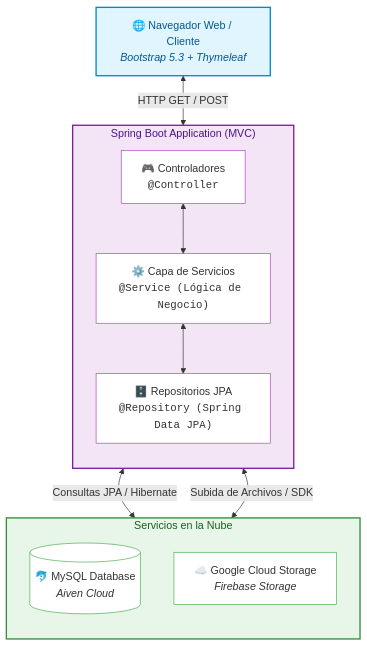
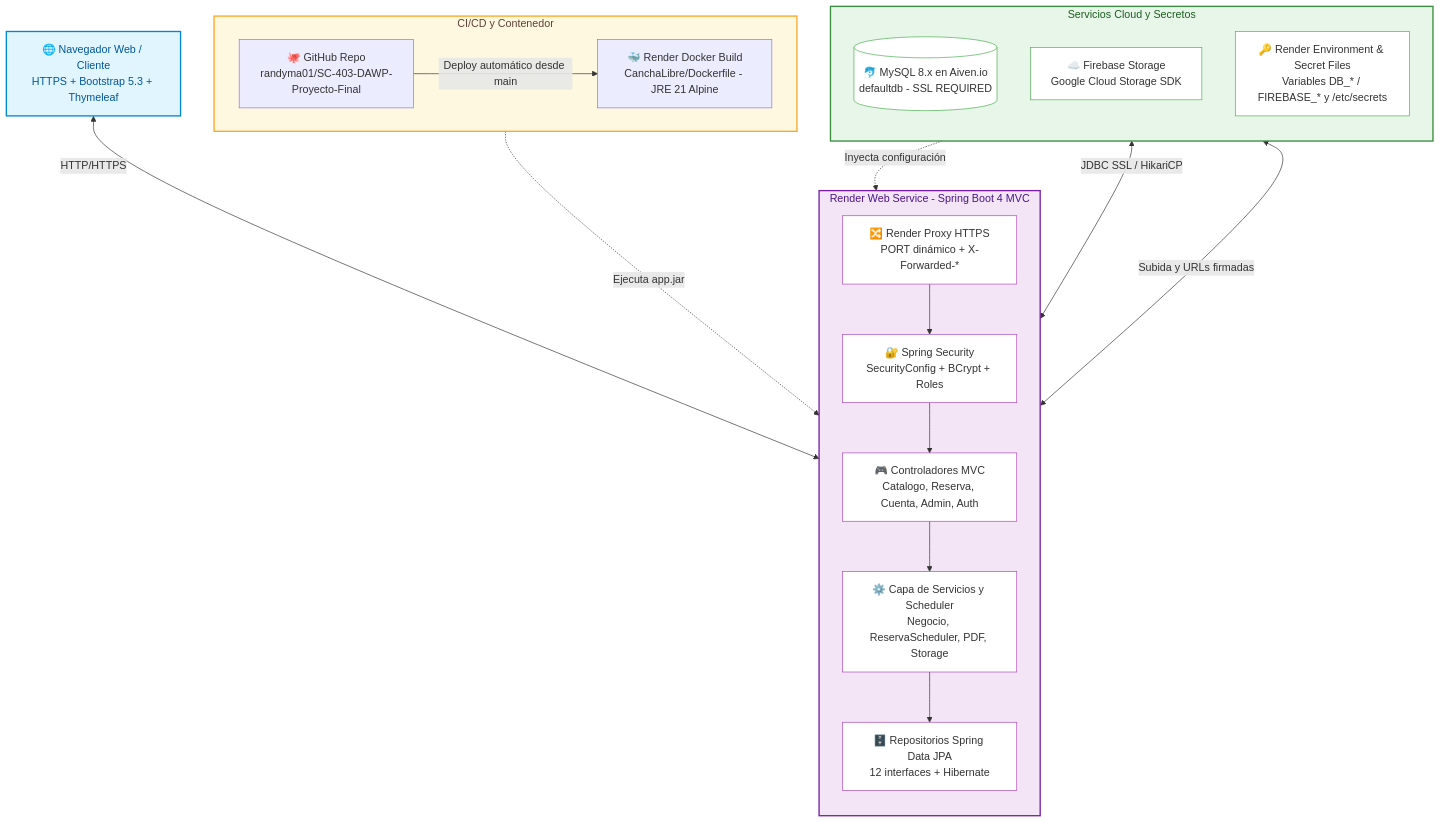
Before and after one commit to randyma01/SC-403-DAWP-Proyecto-Final: the diagram in README.md, drawn with Mermaid. The commit also changed other lines of this file and 4 other files, not shown here.

````diff
--- a/README.md
+++ b/README.md
@@ -83,32 +109,45 @@
 ```mermaid
 flowchart TD
-    Client["🌐 Navegador Web / Cliente<br/><i>Bootstrap 5.3 + Thymeleaf</i>"]
-    
-    subgraph App [" Spring Boot Application (MVC) "]
-        direction TB
-        Controller["🎮 Controladores<br/><code>@Controller</code>"]
-        Service["⚙️ Capa de Servicios<br/><code>@Service (Lógica de Negocio)</code>"]
-        Repository["🗄️ Repositorios JPA<br/><code>@Repository (Spring Data JPA)</code>"]
-    end
-    
-    subgraph Cloud [" Servicios en la Nube "]
-        direction TB
-        DB[("🐬 MySQL Database<br/><i>Aiven Cloud</i>")]
-        Storage["☁️ Google Cloud Storage<br/><i>Firebase Storage</i>"]
+    Client["🌐 Navegador Web / Cliente<br/>HTTPS + Bootstrap 5.3 + Thymeleaf"]
+
+    subgraph Delivery [" CI/CD y Contenedor "]
+        direction LR
+        GitHub["🐙 GitHub Repo<br/>randyma01/SC-403-DAWP-Proyecto-Final"] -->|Deploy automático desde main| RenderBuild["🐳 Render Docker Build<br/>CanchaLibre/Dockerfile - JRE 21 Alpine"]
     end
 
-    Client <-->|HTTP GET / POST| Controller
-    Controller <--> Service
-    Service <--> Repository
-    Repository <-->|Consultas JPA / Hibernate| DB
-    Service <-->|Subida de Archivos / SDK| Storage
+    subgraph Render [" Render Web Service - Spring Boot 4 MVC "]
+        direction TB
+        Proxy["🔀 Render Proxy HTTPS<br/>PORT dinámico + X-Forwarded-*"]
+        Security["🔐 Spring Security<br/>SecurityConfig + BCrypt + Roles"]
+        Controller["🎮 Controladores MVC<br/>Catalogo, Reserva, Cuenta, Admin, Auth"]
+        Service["⚙️ Capa de Servicios y Scheduler<br/>Negocio, ReservaScheduler, PDF, Storage"]
+        Repository["🗄️ Repositorios Spring Data JPA<br/>12 interfaces + Hibernate"]
+        Proxy --> Security --> Controller --> Service --> Repository
+    end
+
+    subgraph Cloud [" Servicios Cloud y Secretos "]
+        direction TB
+        DB[("🐬 MySQL 8.x en Aiven.io<br/>defaultdb - SSL REQUIRED")]
+        Storage["☁️ Firebase Storage<br/>Google Cloud Storage SDK"]
+        Secrets["🔑 Render Environment & Secret Files<br/>Variables DB_* / FIREBASE_* y /etc/secrets"]
+    end
+
+    Client <-->|HTTP/HTTPS| Proxy
+    RenderBuild -.->|Ejecuta app.jar| Render
+    Secrets -.->|Inyecta configuración| Render
+    Repository <-->|JDBC SSL / HikariCP| DB
+    Service <-->|Subida y URLs firmadas| Storage
 
     style Client fill:#e1f5fe,stroke:#0288d1,stroke-width:2px,color:#01579b
-    style App fill:#f3e5f5,stroke:#7b1fa2,stroke-width:2px,color:#4a148c
+    style Delivery fill:#fff8e1,stroke:#f9a825,stroke-width:2px,color:#5d4037
+    style Render fill:#f3e5f5,stroke:#7b1fa2,stroke-width:2px,color:#4a148c
     style Cloud fill:#e8f5e9,stroke:#388e3c,stroke-width:2px,color:#1b5e20
+    style Proxy fill:#ffffff,stroke:#ab47bc,stroke-width:1px
+    style Security fill:#ffffff,stroke:#ab47bc,stroke-width:1px
     style Controller fill:#ffffff,stroke:#ab47bc,stroke-width:1px
     style Service fill:#ffffff,stroke:#ab47bc,stroke-width:1px
     style Repository fill:#ffffff,stroke:#ab47bc,stroke-width:1px
     style DB fill:#ffffff,stroke:#4caf50,stroke-width:1px
     style Storage fill:#ffffff,stroke:#4caf50,stroke-width:1px
+    style Secrets fill:#ffffff,stroke:#4caf50,stroke-width:1px
 ```
````
